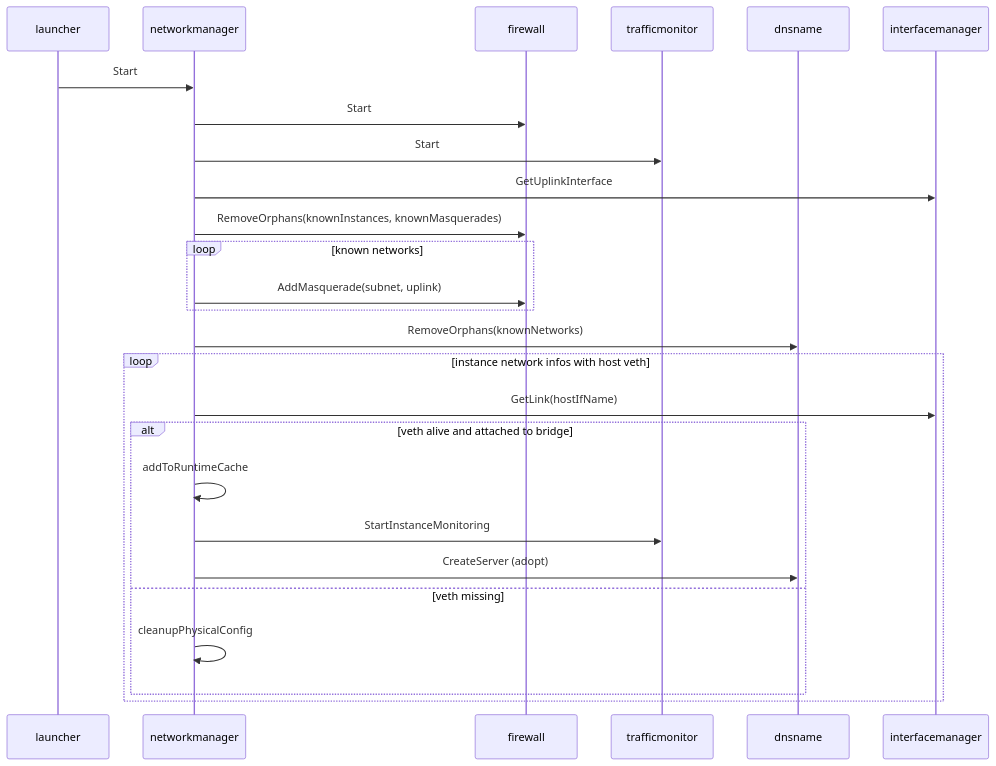
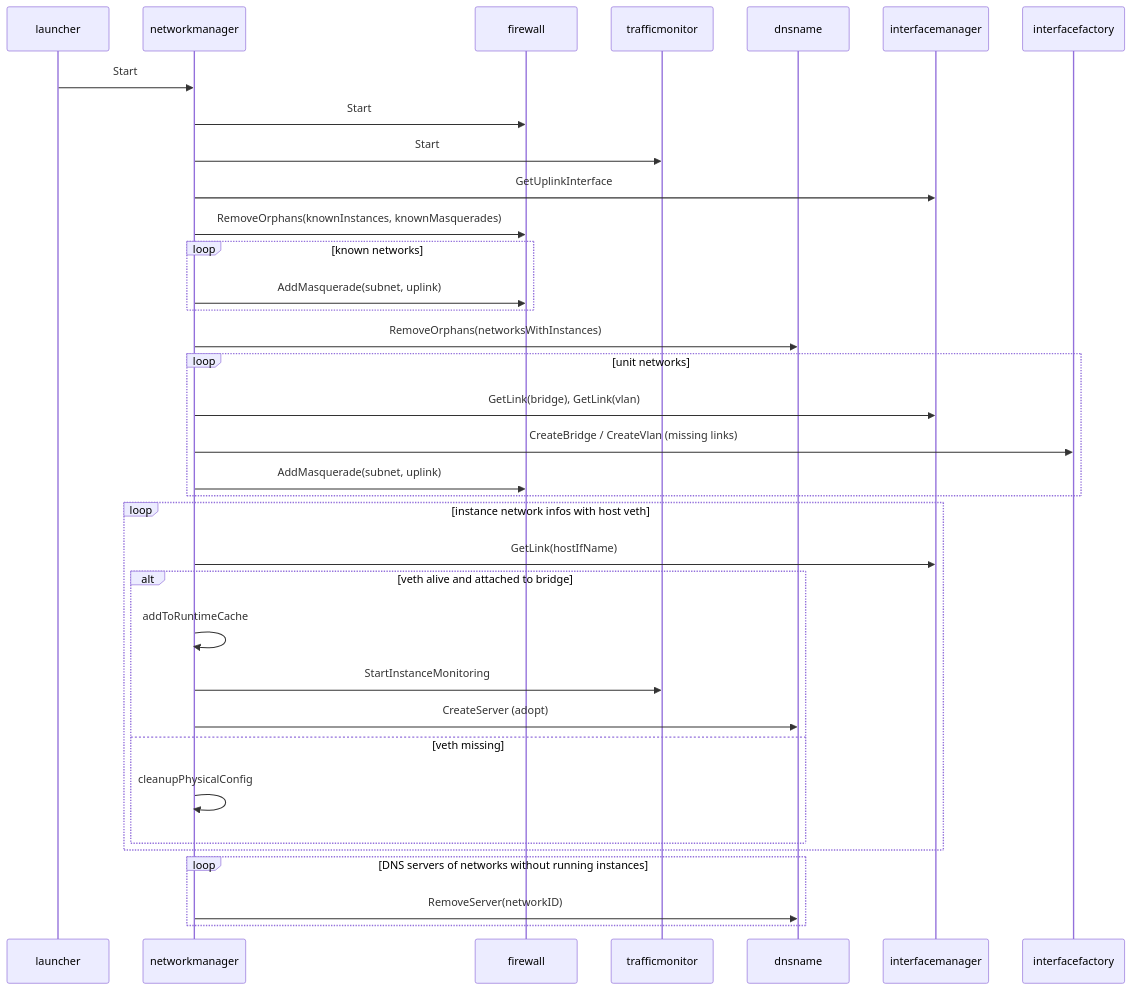
The second of 7 diagrams in src/core/sm/networkmanager/networkmanager.md (aosedge/aos_core_lib_cpp), drawn with Mermaid before and after one commit. The commit also changed other lines of this file and 1 other file, not shown here.

First line of the commit message:
common: sm: networkmanager: update documentation

````diff
--- a/src/core/sm/networkmanager/networkmanager.md
+++ b/src/core/sm/networkmanager/networkmanager.md
@@ -182,34 +193,45 @@
 ```mermaid
 sequenceDiagram
     participant launcher
     participant networkmanager
     participant firewall
     participant trafficmonitor
     participant dnsname
     participant interfacemanager
+    participant interfacefactory
 
     launcher ->> networkmanager: Start
 
     networkmanager ->> firewall: Start
     networkmanager ->> trafficmonitor: Start
     networkmanager ->> interfacemanager: GetUplinkInterface
     networkmanager ->> firewall: RemoveOrphans(knownInstances, knownMasquerades)
 
     loop known networks
         networkmanager ->> firewall: AddMasquerade(subnet, uplink)
     end
 
-    networkmanager ->> dnsname: RemoveOrphans(knownNetworks)
+    networkmanager ->> dnsname: RemoveOrphans(networksWithInstances)
+
+    loop unit networks
+        networkmanager ->> interfacemanager: GetLink(bridge), GetLink(vlan)
+        networkmanager ->> interfacefactory: CreateBridge / CreateVlan (missing links)
+        networkmanager ->> firewall: AddMasquerade(subnet, uplink)
+    end
 
     loop instance network infos with host veth
         networkmanager ->> interfacemanager: GetLink(hostIfName)
 
         alt veth alive and attached to bridge
             networkmanager ->> networkmanager: addToRuntimeCache
             networkmanager ->> trafficmonitor: StartInstanceMonitoring
             networkmanager ->> dnsname: CreateServer (adopt)
         else veth missing
             networkmanager ->> networkmanager: cleanupPhysicalConfig
         end
     end
+
+    loop DNS servers of networks without running instances
+        networkmanager ->> dnsname: RemoveServer(networkID)
+    end
 ```
````
